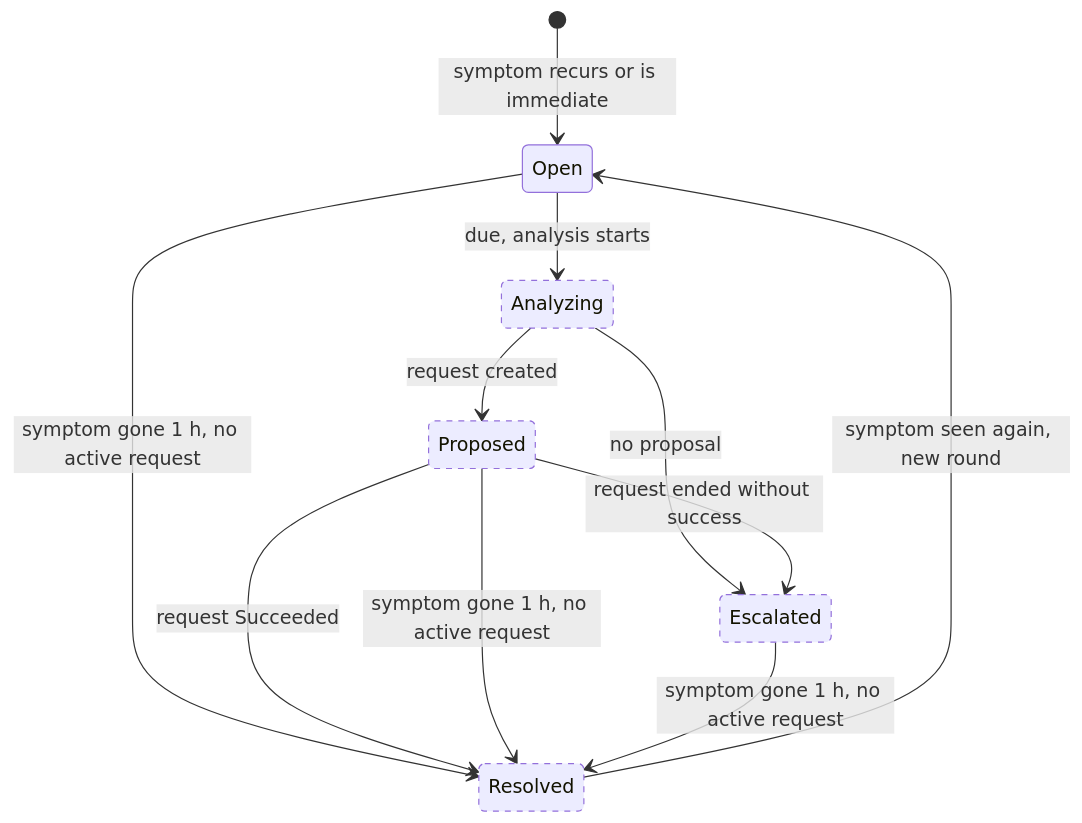
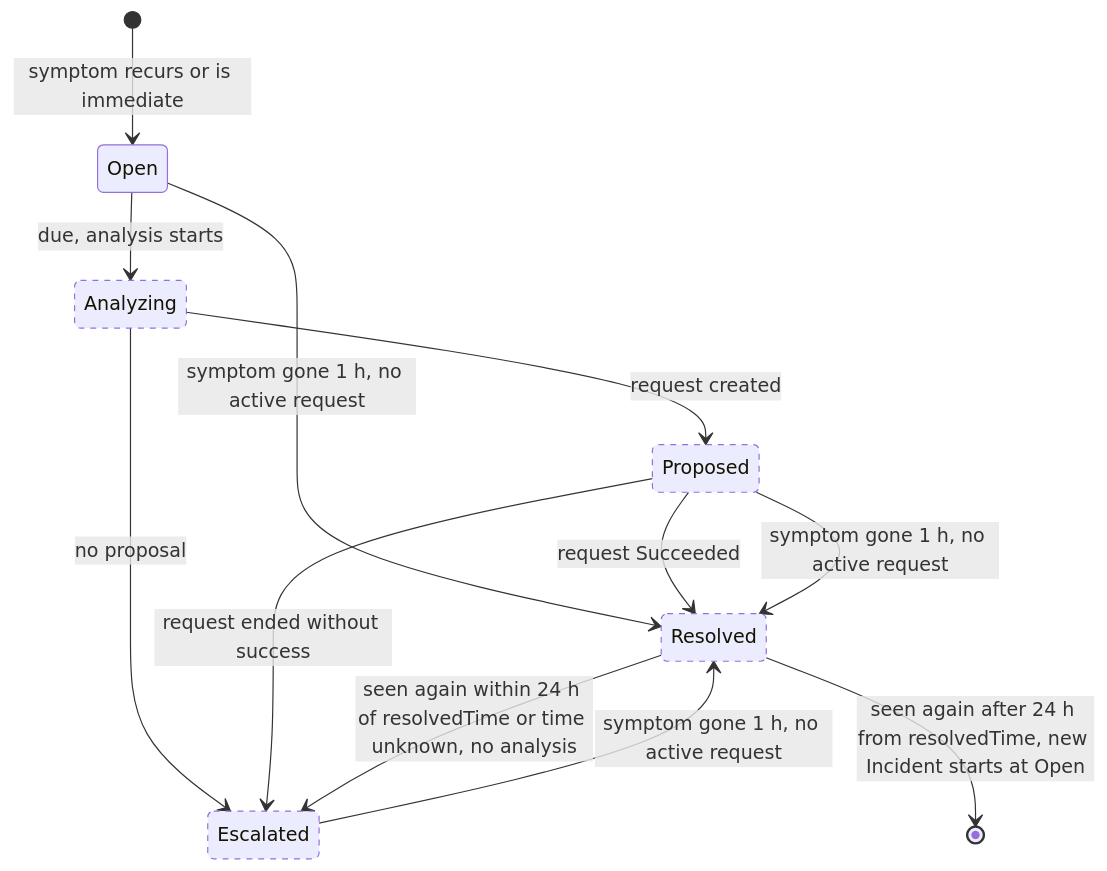
Before and after one commit to pkalin/shadewright: the first of 2 diagrams in docs/design/3-observation-and-deduplication.md, drawn with Mermaid. The commit also changed other lines of this file and 7 other files, not shown here.

````diff
--- a/docs/design/3-observation-and-deduplication.md
+++ b/docs/design/3-observation-and-deduplication.md
@@ -336,15 +337,16 @@
 ```mermaid
 stateDiagram-v2
     classDef planned stroke-dasharray: 5 5
     [*] --> Open: symptom recurs or is immediate
     Open --> Analyzing: due, analysis starts
     Analyzing --> Proposed: request created
     Analyzing --> Escalated: no proposal
     Open --> Resolved: symptom gone 1 h, no active request
     Proposed --> Resolved: request Succeeded
     Proposed --> Escalated: request ended without success
     Proposed --> Resolved: symptom gone 1 h, no active request
     Escalated --> Resolved: symptom gone 1 h, no active request
-    Resolved --> Open: symptom seen again, new round
+    Resolved --> Escalated: seen again within 24 h of resolvedTime or time unknown, no analysis
+    Resolved --> [*]: seen again after 24 h from resolvedTime, new Incident starts at Open
     class Analyzing,Proposed,Escalated,Resolved planned
 ```
````
